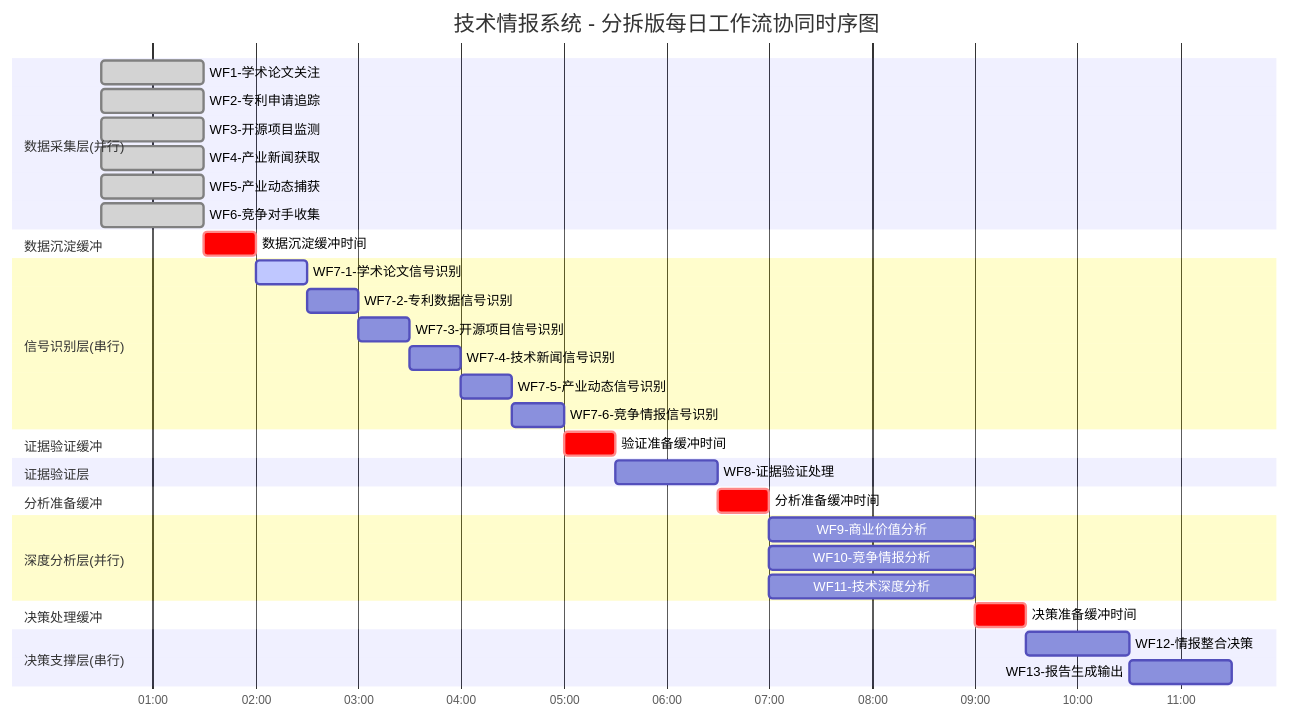
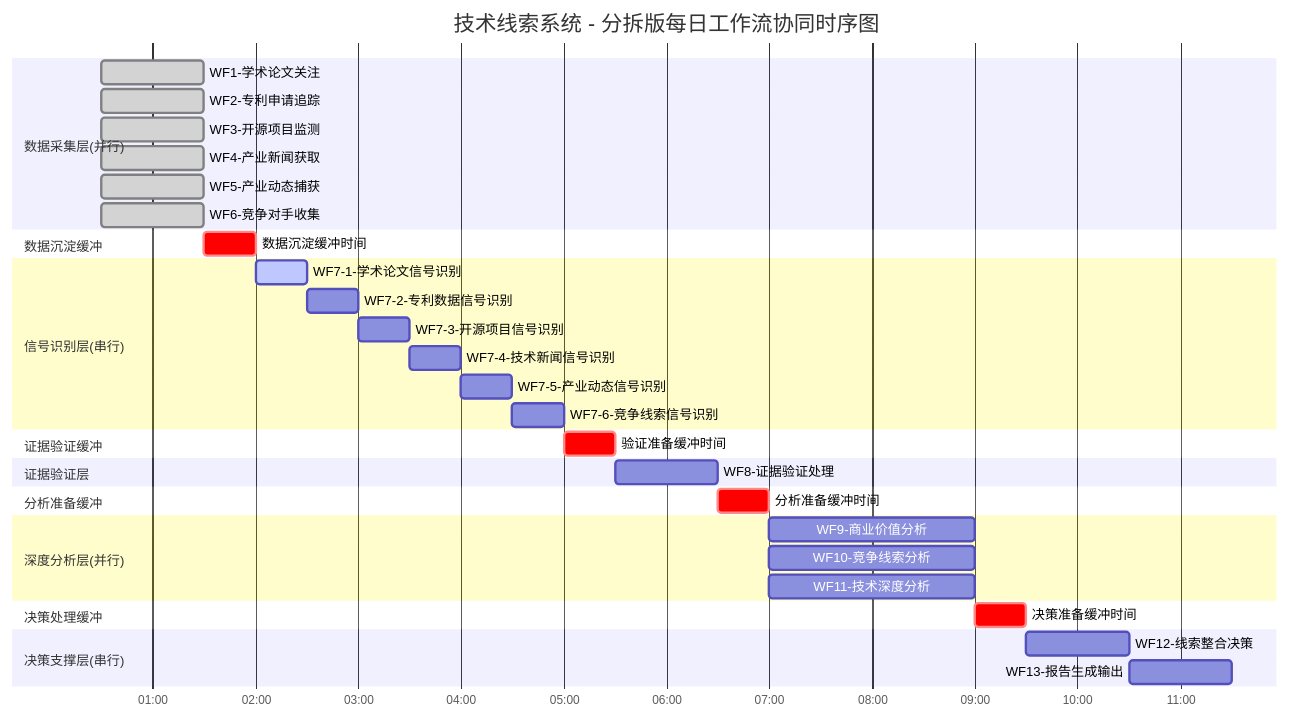
One commit to wisdom-future/tech-deepdive changed the second of 2 diagrams in docs/工作流设计.md. Above: the diagram before and after it, drawn with Mermaid. The commit also changed other lines of this file, not shown here.

````diff
--- a/docs/工作流设计.md
+++ b/docs/工作流设计.md
@@ -310,46 +310,46 @@
 ```mermaid
 gantt
-    title 技术情报系统 - 分拆版每日工作流协同时序图
+    title 技术线索系统 - 分拆版每日工作流协同时序图
     dateFormat  HH:mm
     axisFormat %H:%M
 
     section 数据采集层(并行)
     WF1-学术论文关注    :done, wf1, 00:30, 01:30
     WF2-专利申请追踪    :done, wf2, 00:30, 01:30
     WF3-开源项目监测    :done, wf3, 00:30, 01:30
     WF4-产业新闻获取    :done, wf4, 00:30, 01:30
     WF5-产业动态捕获    :done, wf5, 00:30, 01:30
     WF6-竞争对手收集    :done, wf6, 00:30, 01:30
 
     section 数据沉淀缓冲
     数据沉淀缓冲时间    :crit, buffer1, 01:30, 02:00
 
     section 信号识别层(串行)
     WF7-1-学术论文信号识别    :active, wf7-1, 02:00, 02:30
     WF7-2-专利数据信号识别    :wf7-2, 02:30, 03:00
     WF7-3-开源项目信号识别    :wf7-3, 03:00, 03:30
     WF7-4-技术新闻信号识别    :wf7-4, 03:30, 04:00
     WF7-5-产业动态信号识别    :wf7-5, 04:00, 04:30
-    WF7-6-竞争情报信号识别    :wf7-6, 04:30, 05:00
+    WF7-6-竞争线索信号识别    :wf7-6, 04:30, 05:00
 
     section 证据验证缓冲
     验证准备缓冲时间    :crit, buffer2, 05:00, 05:30
 
     section 证据验证层
     WF8-证据验证处理    :wf8, 05:30, 06:30
 
     section 分析准备缓冲
     分析准备缓冲时间    :crit, buffer3, 06:30, 07:00
 
     section 深度分析层(并行)
     WF9-商业价值分析    :wf9, 07:00, 09:00
-    WF10-竞争情报分析   :wf10, 07:00, 09:00
+    WF10-竞争线索分析   :wf10, 07:00, 09:00
     WF11-技术深度分析   :wf11, 07:00, 09:00
 
     section 决策处理缓冲
     决策准备缓冲时间    :crit, buffer4, 09:00, 09:30
 
     section 决策支撑层(串行)
-    WF12-情报整合决策   :wf12, 09:30, 10:30
+    WF12-线索整合决策   :wf12, 09:30, 10:30
     WF13-报告生成输出   :wf13, 10:30, 11:30
 ```
````
